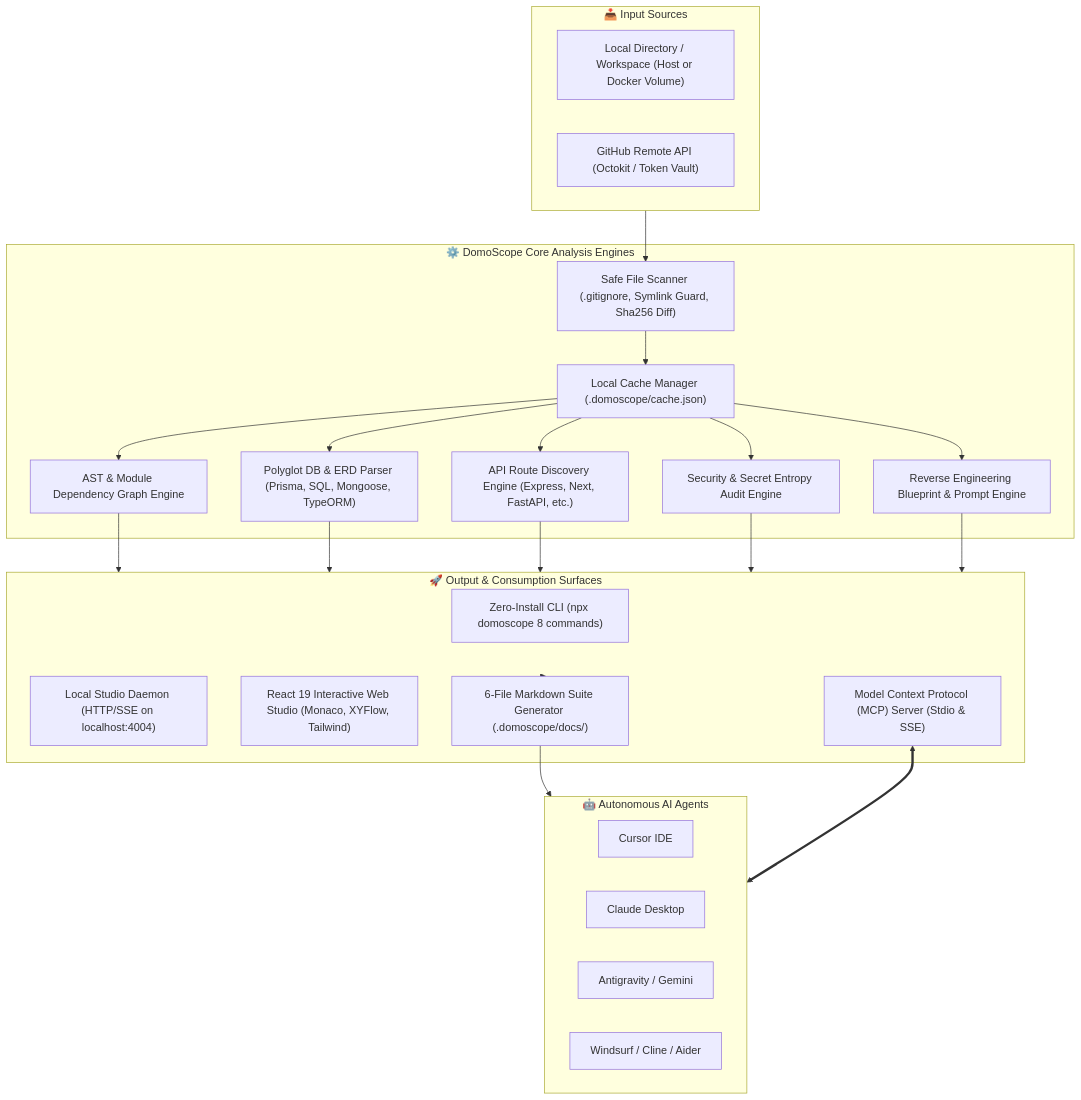
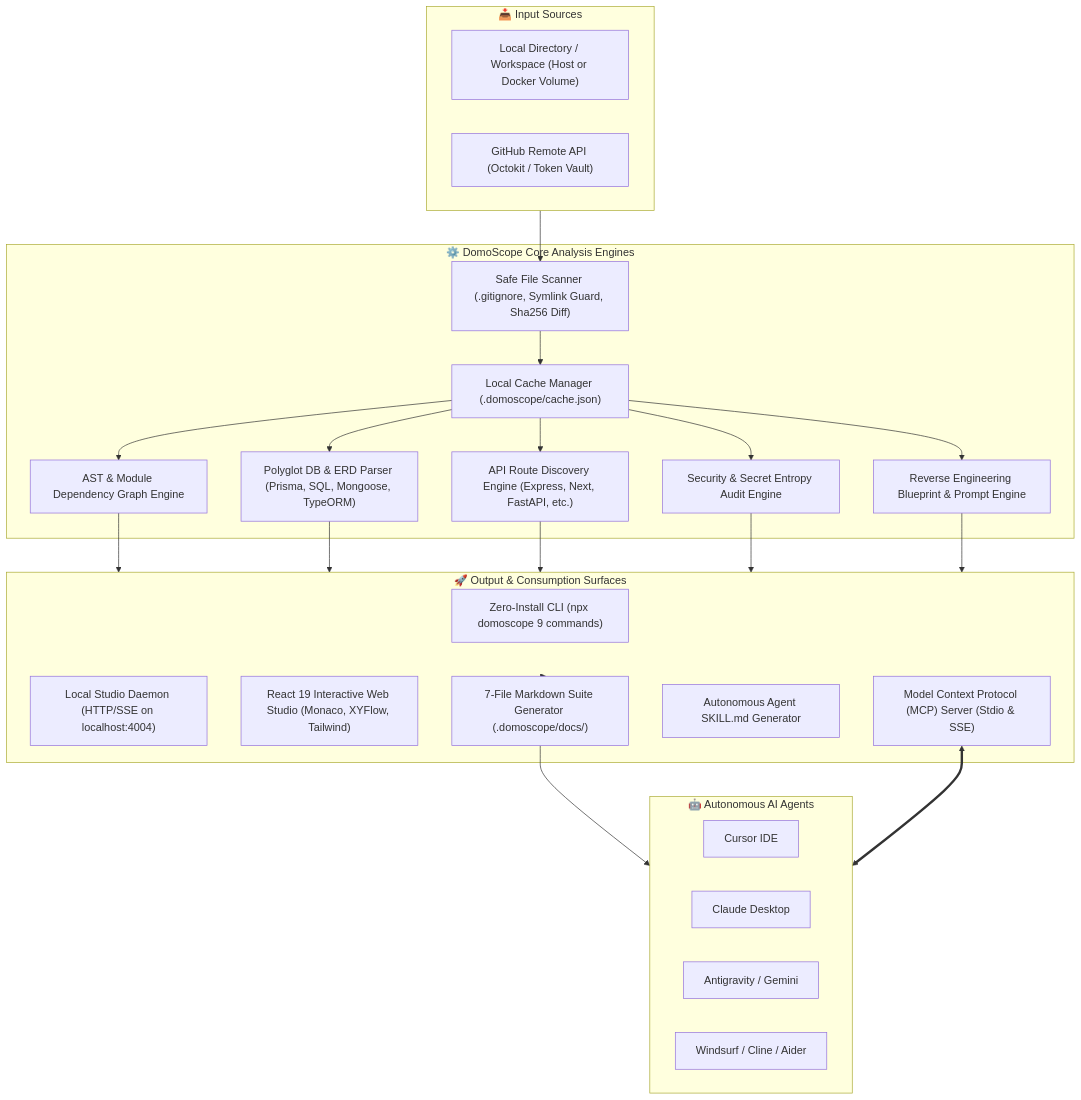
The diagram in SOT.md (darknecrocities/DomoScope), drawn with Mermaid before and after one commit. The commit also changed other lines of this file and 10 other files, not shown here.

First line of the commit message:
feat(cli): add 9th subcommand 'skill' and synchronize SOT documentation suite

````diff
--- a/SOT.md
+++ b/SOT.md
@@ -31,41 +31,42 @@
 ```mermaid
 flowchart TD
     subgraph InputSources ["📥 Input Sources"]
         LocalRepo["Local Directory / Workspace (Host or Docker Volume)"]
         RemoteRepo["GitHub Remote API (Octokit / Token Vault)"]
     end
 
     subgraph CoreEngine ["⚙️ DomoScope Core Analysis Engines"]
         Scanner["Safe File Scanner (.gitignore, Symlink Guard, Sha256 Diff)"]
         CacheMgr["Local Cache Manager (.domoscope/cache.json)"]
         ASTEngine["AST & Module Dependency Graph Engine"]
         DBParser["Polyglot DB & ERD Parser (Prisma, SQL, Mongoose, TypeORM)"]
         APICatalog["API Route Discovery Engine (Express, Next, FastAPI, etc.)"]
         SecurityScanner["Security & Secret Entropy Audit Engine"]
         ReverseEng["Reverse Engineering Blueprint & Prompt Engine"]
     end
 
     subgraph OutputSurfaces ["🚀 Output & Consumption Surfaces"]
-        CLI["Zero-Install CLI (npx domoscope 8 commands)"]
+        CLI["Zero-Install CLI (npx domoscope 9 commands)"]
         LocalServer["Local Studio Daemon (HTTP/SSE on localhost:4004)"]
         WebStudio["React 19 Interactive Web Studio (Monaco, XYFlow, Tailwind)"]
-        DocsGen["6-File Markdown Suite Generator (.domoscope/docs/)"]
+        DocsGen["7-File Markdown Suite Generator (.domoscope/docs/)"]
+        SkillGen["Autonomous Agent SKILL.md Generator"]
         MCPEngine["Model Context Protocol (MCP) Server (Stdio & SSE)"]
     end
 
     subgraph AIAgents ["🤖 Autonomous AI Agents"]
         AgentCursor["Cursor IDE"]
         AgentClaude["Claude Desktop"]
         AgentAntigravity["Antigravity / Gemini"]
         AgentOther["Windsurf / Cline / Aider"]
     end
 
     InputSources --> Scanner
     Scanner --> CacheMgr
     CacheMgr --> ASTEngine & DBParser & APICatalog & SecurityScanner & ReverseEng
     
     ASTEngine & DBParser & APICatalog & SecurityScanner & ReverseEng --> OutputSurfaces
     OutputSurfaces --> DocsGen
     DocsGen --> AIAgents
     MCPEngine <==> AIAgents
 ```
````
